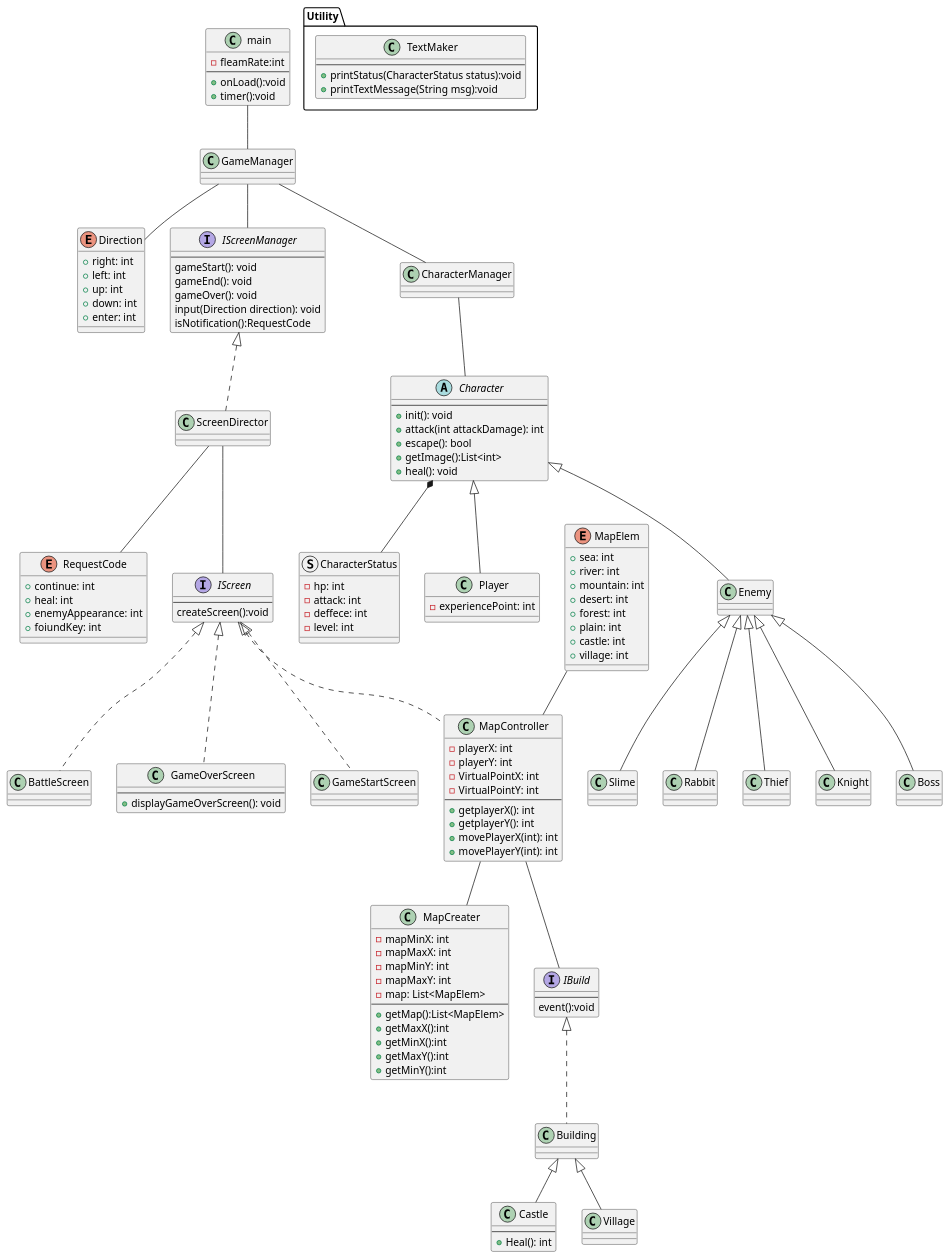
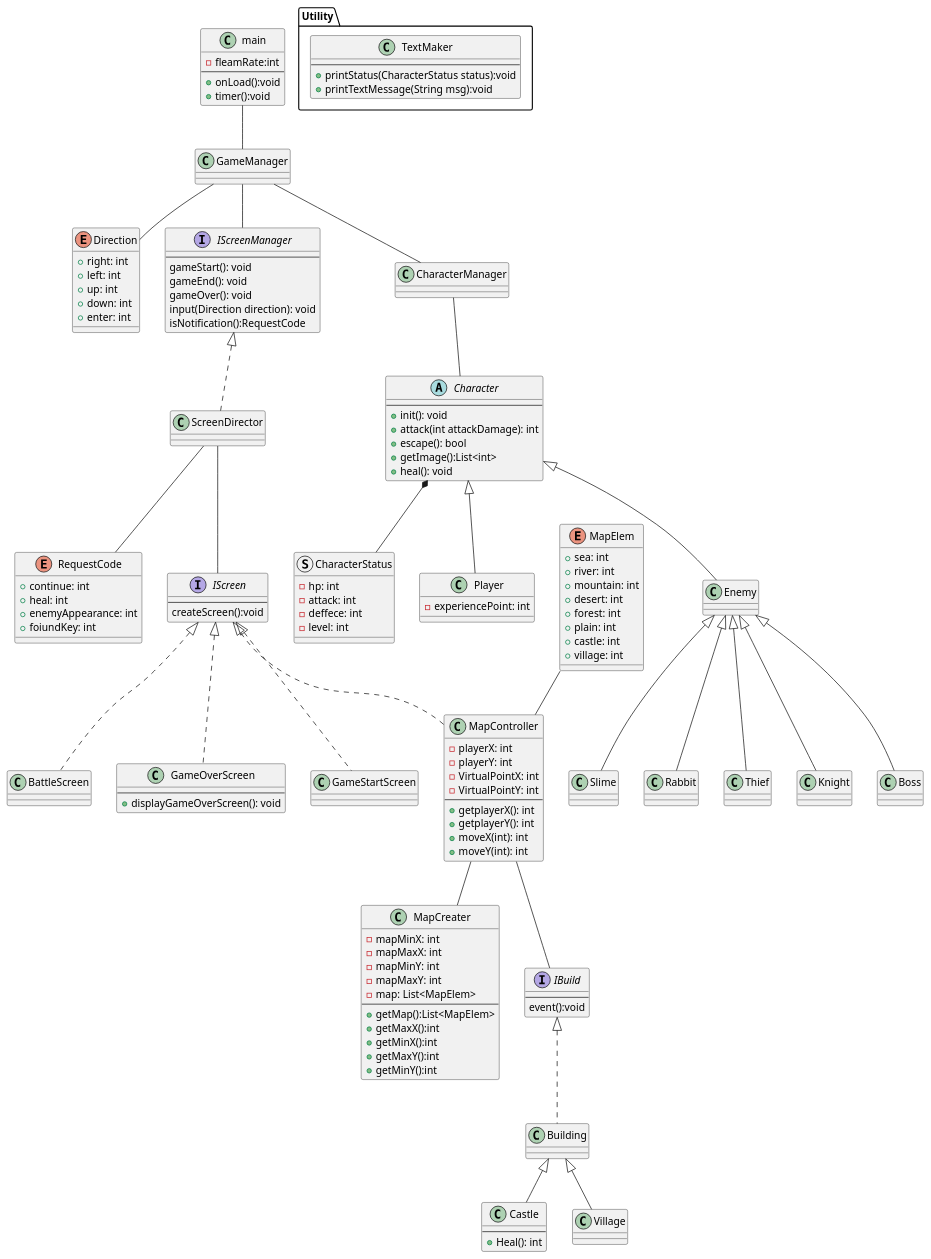
Before and after one commit to yudai19990419/ScriptGame2D: the diagram in design/class_design.pu, drawn with PlantUML. The commit also changed 7 other files, not shown here.

```diff
--- a/design/class_design.pu
+++ b/design/class_design.pu
@@ -52,8 +52,8 @@
     --
     +getplayerX(): int
     +getplayerY(): int
-    +movePlayerX(int): int
-    +movePlayerY(int): int  
+    +moveX(int): int
+    +moveY(int): int  
 }
 
 class MapCreater {
```
